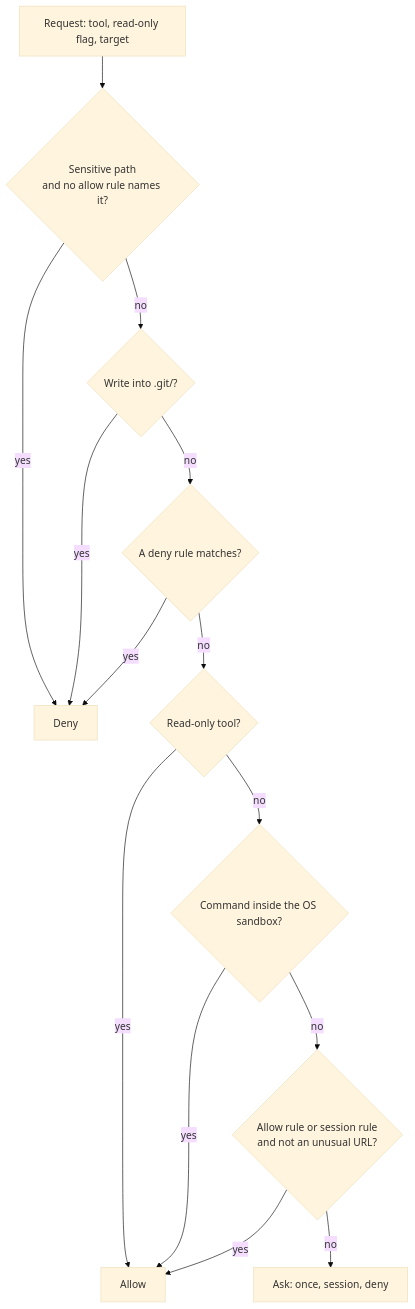
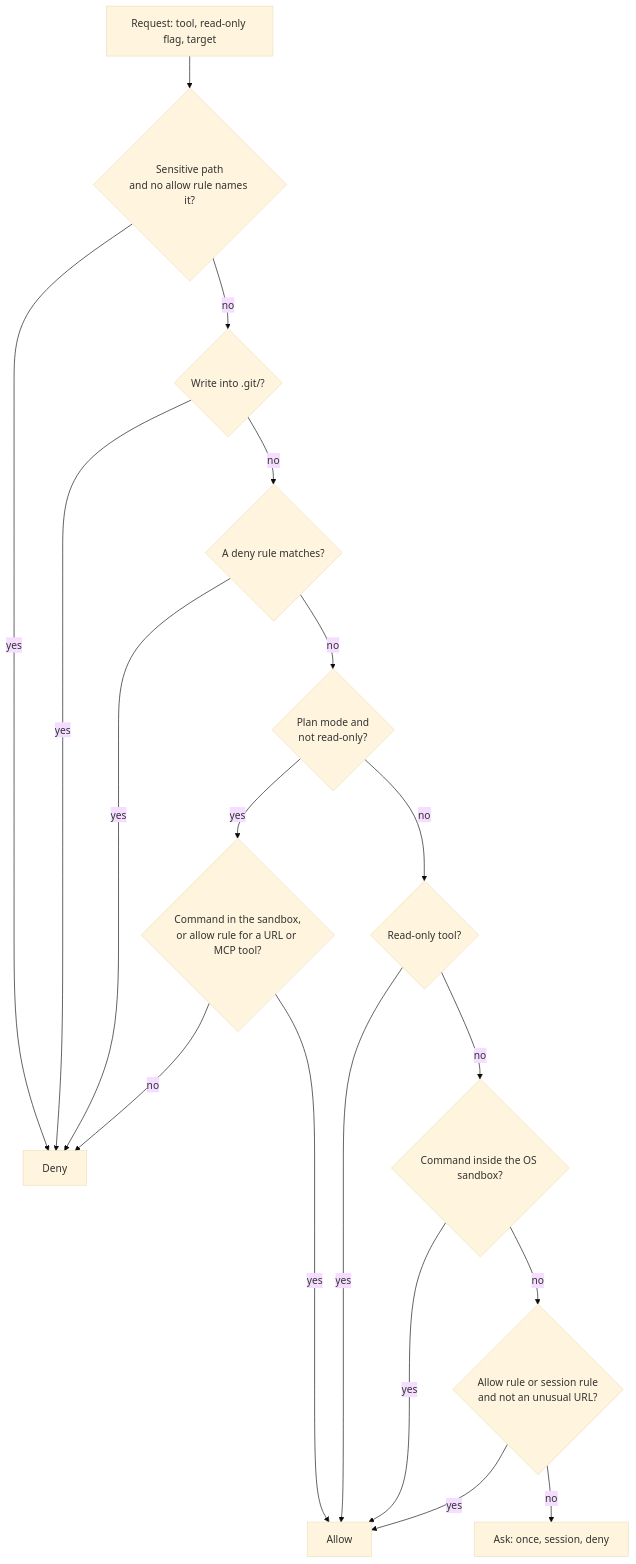
The fifth of 6 diagrams in docs/hld.md (madhu-sv/garuda), drawn with Mermaid (base theme) before and after one commit. The commit also changed other lines of this file and 22 other files, not shown here.

First line of the commit message:
0.4: plan mode

````diff
--- a/docs/hld.md
+++ b/docs/hld.md
@@ -127,16 +127,20 @@
 ```mermaid
 flowchart TD
   S[Request: tool, read-only flag, target] --> A{Sensitive path<br/>and no allow rule names it?}
   A -- yes --> DENY[Deny]
   A -- no --> B{Write into .git/?}
   B -- yes --> DENY
   B -- no --> C{A deny rule matches?}
   C -- yes --> DENY
-  C -- no --> D{Read-only tool?}
+  C -- no --> PM{Plan mode and<br/>not read-only?}
+  PM -- yes --> PD{Command in the sandbox,<br/>or allow rule for a URL or MCP tool?}
+  PD -- yes --> ALLOW
+  PD -- no --> DENY
+  PM -- no --> D{Read-only tool?}
   D -- yes --> ALLOW[Allow]
   D -- no --> E{Command inside the OS sandbox?}
   E -- yes --> ALLOW
   E -- no --> F{Allow rule or session rule<br/>and not an unusual URL?}
   F -- yes --> ALLOW
   F -- no --> ASK[Ask: once, session, deny]
 ```
````
